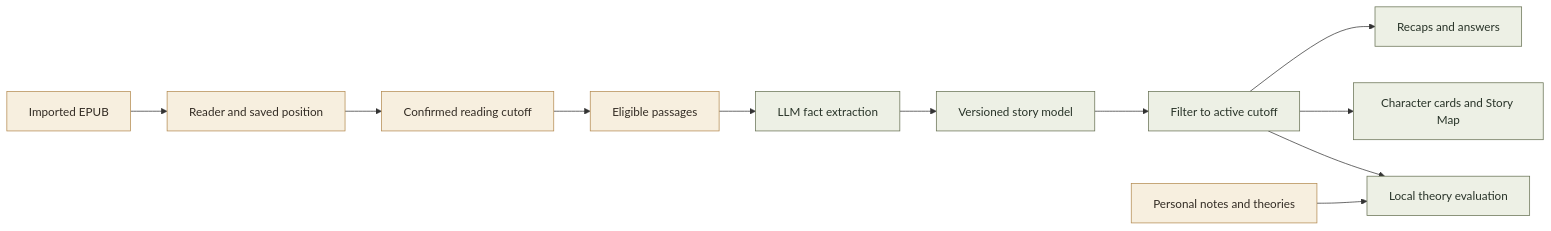
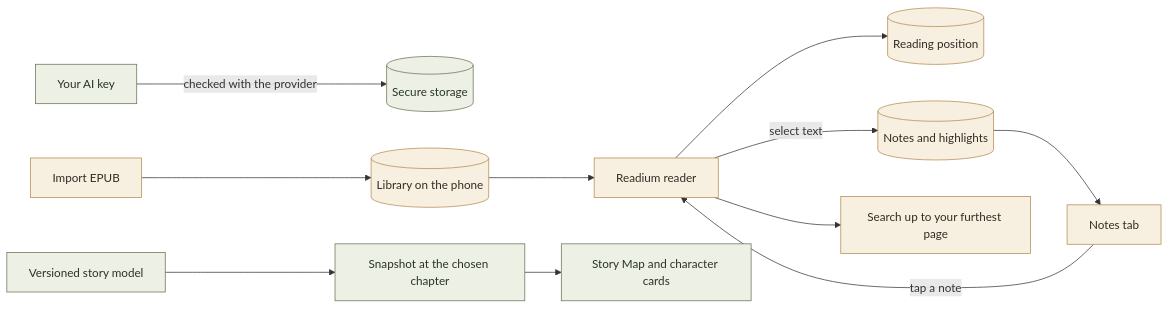
Before and after one commit to bennyxzeng/Loremark: the diagram in README.md, drawn with Mermaid. The commit also changed other lines of this file and 2 other files, not shown here.

````diff
--- a/README.md
+++ b/README.md
@@ -71,18 +72,18 @@
 ```mermaid
 flowchart LR
-    A[Imported EPUB] --> B[Reader and saved position]
-    B --> C[Confirmed reading cutoff]
-    C --> D[Eligible passages]
-    D --> E[LLM fact extraction]
-    E --> F[Versioned story model]
-    F --> G[Filter to active cutoff]
-    G --> H[Recaps and answers]
-    G --> I[Character cards and Story Map]
-    J[Personal notes and theories] --> K[Local theory evaluation]
-    G --> K
+    K[Your AI key] -->|checked with the provider| S[(Secure storage)]
+    A[Import EPUB] --> L[(Library on the phone)]
+    L --> R[Readium reader]
+    R --> P[(Reading position)]
+    R -->|select text| N[(Notes and highlights)]
+    N --> T[Notes tab]
+    T -->|tap a note| R
+    R --> Q[Search up to your furthest page]
+    M[Versioned story model] --> C[Snapshot at the chosen chapter]
+    C --> G[Story Map and character cards]
 
     classDef reading fill:#f7efdf,stroke:#b38a50,color:#332c24;
     classDef story fill:#edf0e5,stroke:#667052,color:#283328;
-    class A,B,C,D,J reading;
-    class E,F,G,H,I,K story;
+    class A,L,R,P,N,T,Q reading;
+    class K,S,M,C,G story;
 ```
````
